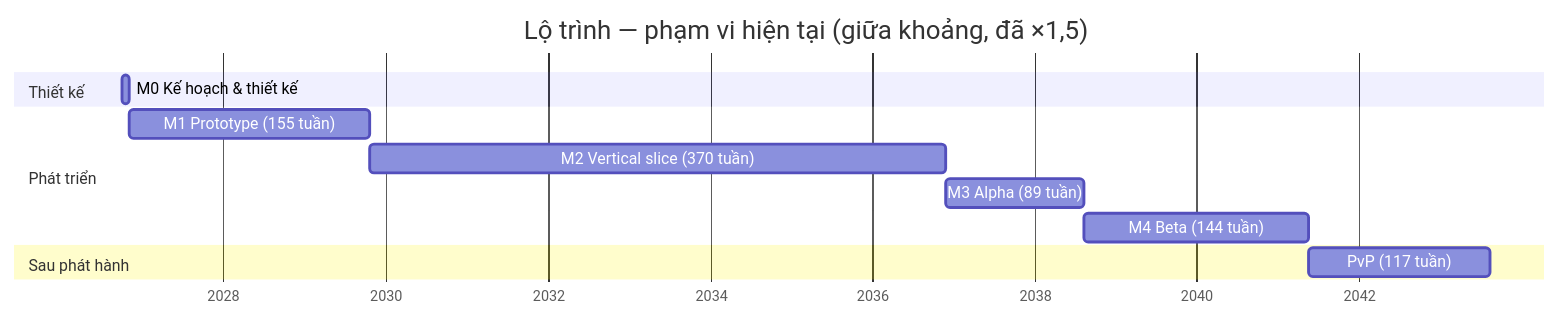
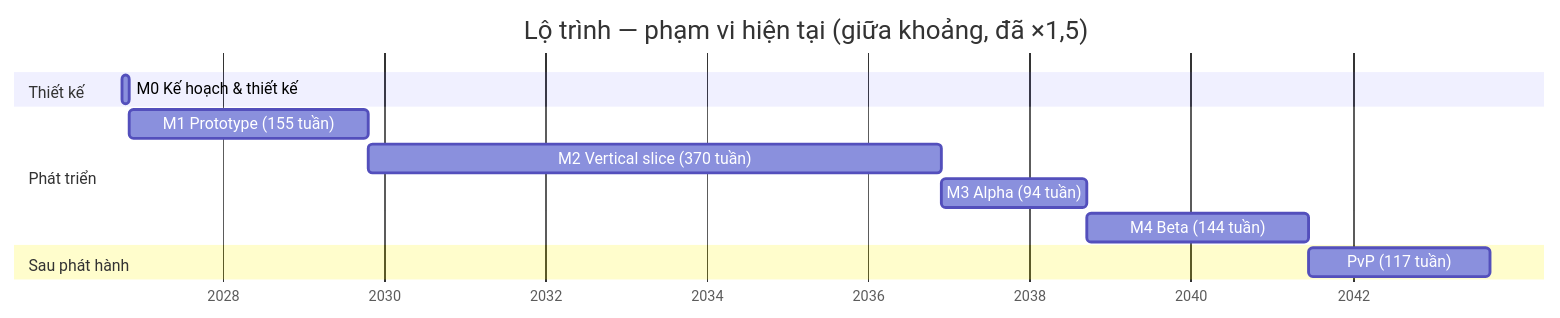
One commit to w-vi-khang/my-game changed the diagram in design/05-roadmap.md. Above: the diagram before and after it, drawn with Mermaid. The commit also changed other lines of this file and 5 other files, not shown here.

````diff
--- a/design/05-roadmap.md
+++ b/design/05-roadmap.md
@@ -72,15 +72,15 @@
 ```mermaid
 gantt
     title Lộ trình — phạm vi hiện tại (giữa khoảng, đã ×1,5)
     dateFormat YYYY-MM-DD
     axisFormat %Y
     section Thiết kế
     M0 Kế hoạch & thiết kế        :m0, 2026-10-01, 32d
     section Phát triển
     M1 Prototype (155 tuần)        :m1, after m0, 1084d
     M2 Vertical slice (370 tuần)   :m2, after m1, 2591d
-    M3 Alpha (89 tuần)             :m3, after m2, 626d
+    M3 Alpha (94 tuần)             :m3, after m2, 659d
     M4 Beta (144 tuần)             :m4, after m3, 1008d
     section Sau phát hành
     PvP (117 tuần)                 :pvp, after m4, 819d
 ```
````
